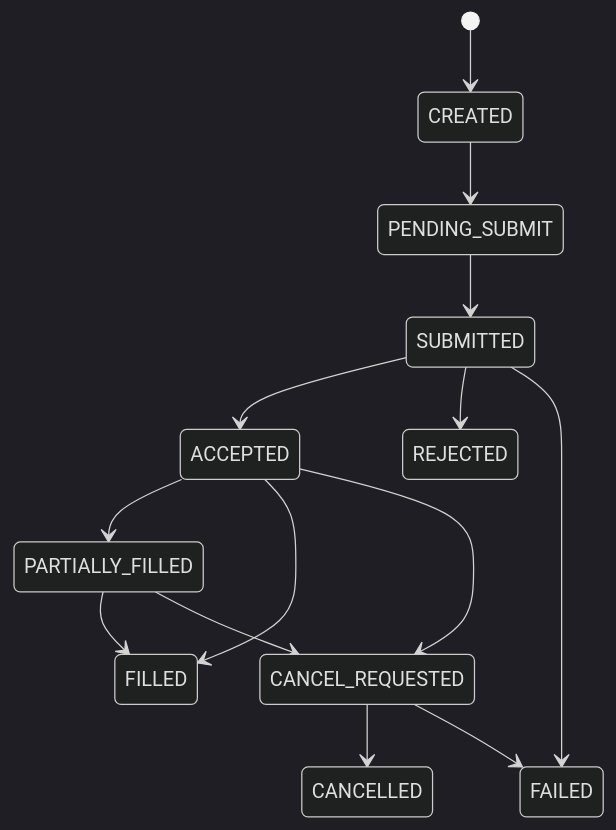
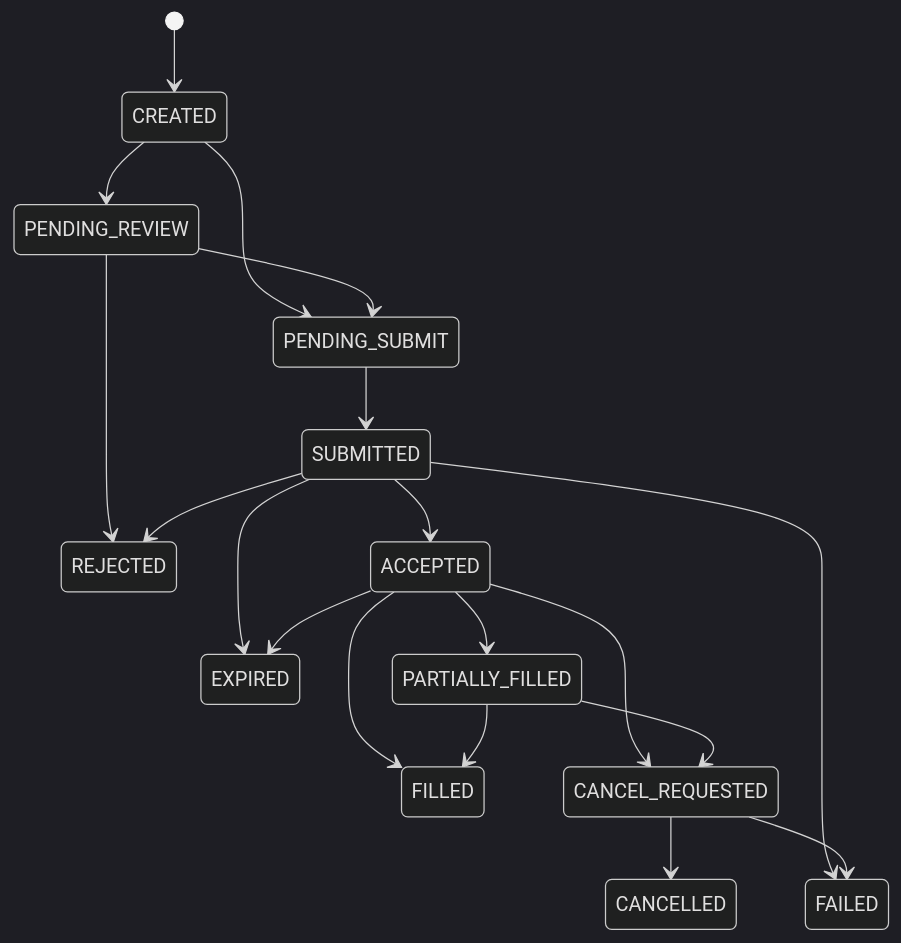
Before and after one commit to wxfbot03-lang/TradingClaw: the diagram in docs/详细设计/service/交易网关详细设计.md, drawn with Mermaid (dark theme). The commit also changed other lines of this file and 14 other files, not shown here.

````diff
--- a/docs/详细设计/service/交易网关详细设计.md
+++ b/docs/详细设计/service/交易网关详细设计.md
@@ -83,16 +124,21 @@
 ```mermaid
 stateDiagram-v2
     [*] --> CREATED
+    CREATED --> PENDING_REVIEW
     CREATED --> PENDING_SUBMIT
+    PENDING_REVIEW --> PENDING_SUBMIT
+    PENDING_REVIEW --> REJECTED
     PENDING_SUBMIT --> SUBMITTED
     SUBMITTED --> ACCEPTED
     SUBMITTED --> REJECTED
     SUBMITTED --> FAILED
+    SUBMITTED --> EXPIRED
     ACCEPTED --> PARTIALLY_FILLED
     ACCEPTED --> FILLED
     ACCEPTED --> CANCEL_REQUESTED
+    ACCEPTED --> EXPIRED
     PARTIALLY_FILLED --> FILLED
     PARTIALLY_FILLED --> CANCEL_REQUESTED
     CANCEL_REQUESTED --> CANCELLED
     CANCEL_REQUESTED --> FAILED
 ```
````
